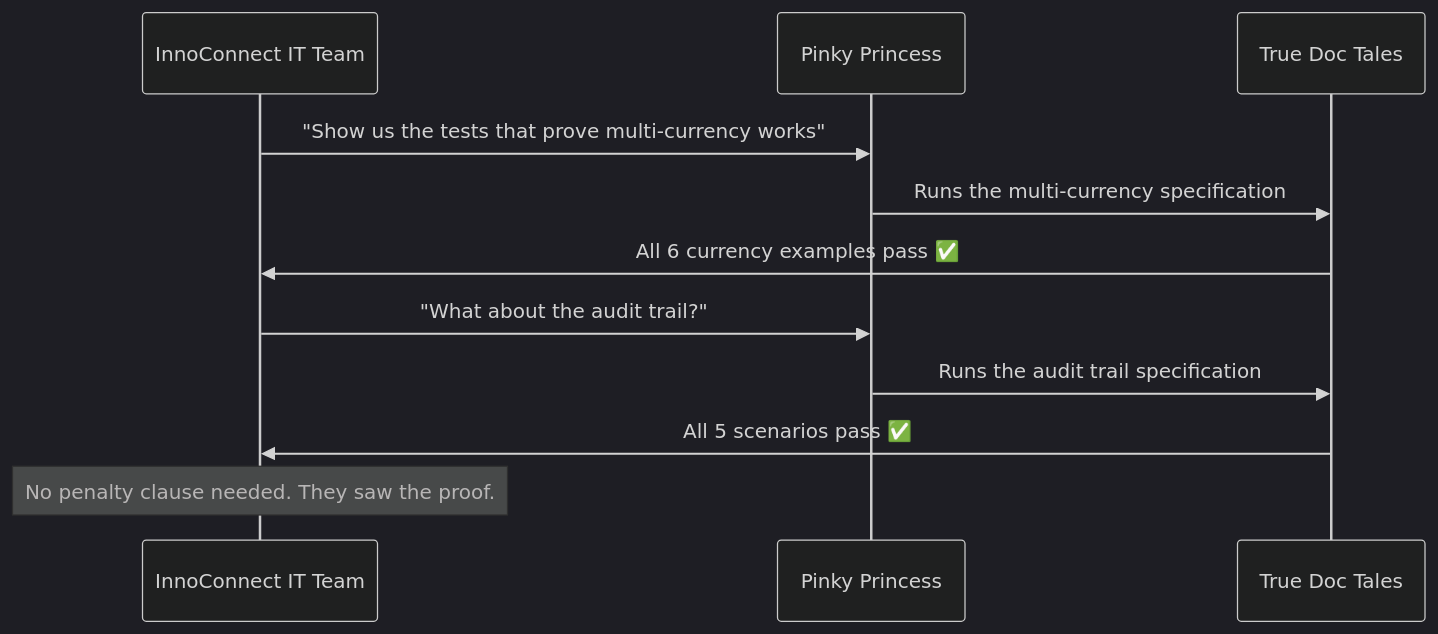
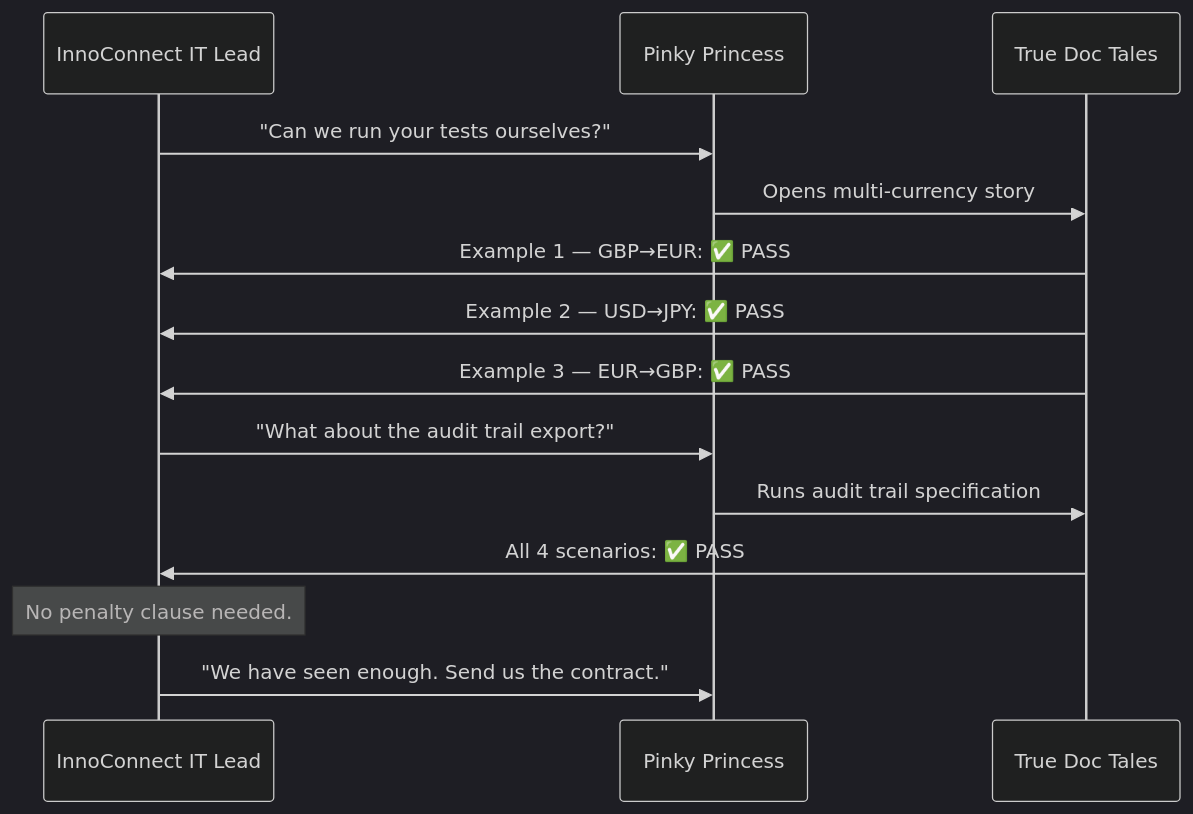
One commit to truedoctales/truedoctales-4j changed the diagram in fairy-doc-tales/05_true-doc-tales-success/01_true-doc-tales-success.md. Above: the diagram before and after it, drawn with Mermaid (dark theme). The commit also changed other lines of this file and 3 other files, not shown here.

````diff
--- a/fairy-doc-tales/05_true-doc-tales-success/01_true-doc-tales-success.md
+++ b/fairy-doc-tales/05_true-doc-tales-success/01_true-doc-tales-success.md
@@ -317,14 +408,17 @@
 ```mermaid
 sequenceDiagram
-    participant IC as InnoConnect IT Team
+    participant IC as InnoConnect IT Lead
     participant PP as Pinky Princess
     participant TDT as True Doc Tales
 
-    IC->>PP: "Show us the tests that prove multi-currency works"
-    PP->>TDT: Runs the multi-currency specification
-    TDT->>IC: All 6 currency examples pass ✅
-    IC->>PP: "What about the audit trail?"
-    PP->>TDT: Runs the audit trail specification
-    TDT->>IC: All 5 scenarios pass ✅
-    Note over IC: No penalty clause needed. They saw the proof.
+    IC->>PP: "Can we run your tests ourselves?"
+    PP->>TDT: Opens multi-currency story
+    TDT->>IC: Example 1 — GBP→EUR: ✅ PASS
+    TDT->>IC: Example 2 — USD→JPY: ✅ PASS
+    TDT->>IC: Example 3 — EUR→GBP: ✅ PASS
+    IC->>PP: "What about the audit trail export?"
+    PP->>TDT: Runs audit trail specification
+    TDT->>IC: All 4 scenarios: ✅ PASS
+    Note over IC: No penalty clause needed.
+    IC->>PP: "We have seen enough. Send us the contract."
 ```
````
